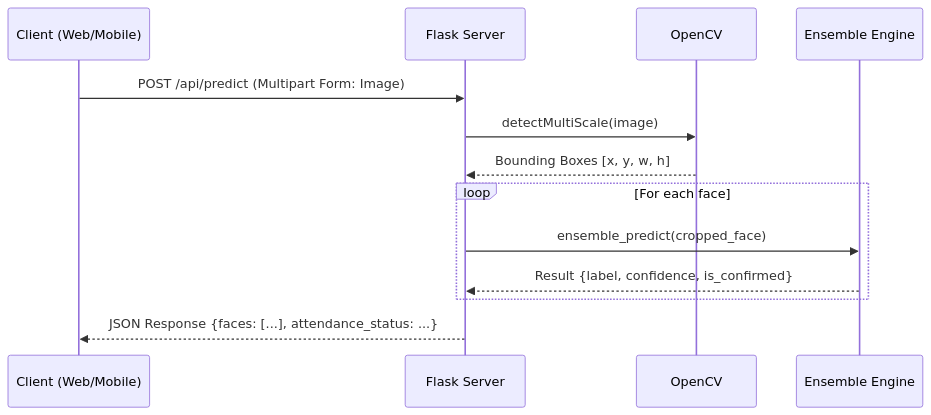
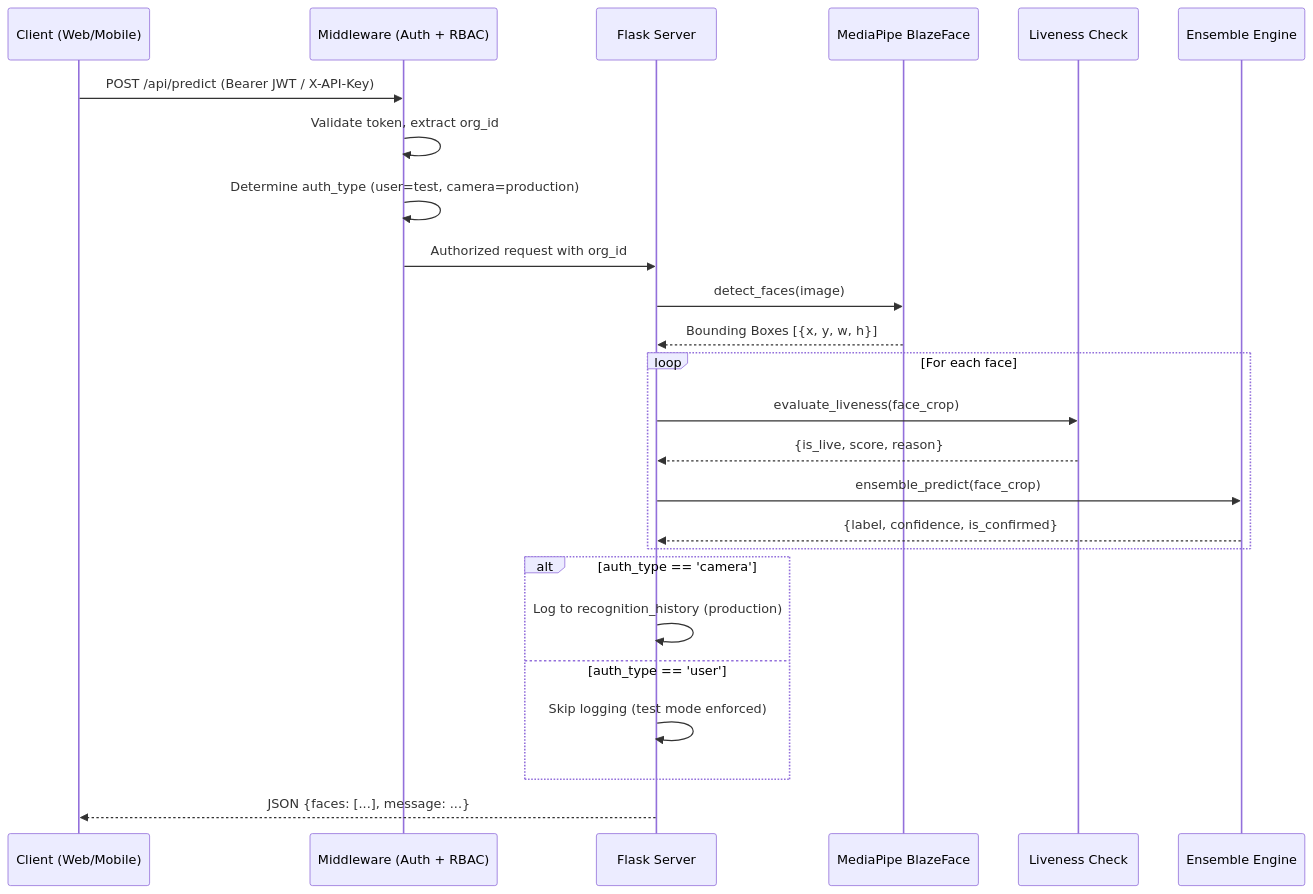
One commit to PrashantTarbundiya/RMS changed the second of 3 diagrams in docs/01_Architecture.md. Above: the diagram before and after it, drawn with Mermaid. The commit also changed other lines of this file and 33 other files, not shown here.

Commit message:
feat: implement robust security architecture, multi-tenant isolation, and automated update management system

````diff
--- a/docs/01_Architecture.md
+++ b/docs/01_Architecture.md
@@ -67,16 +100,28 @@
 ```mermaid
 sequenceDiagram
     participant C as Client (Web/Mobile)
+    participant MW as Middleware (Auth + RBAC)
     participant S as Flask Server
-    participant CV as OpenCV
+    participant MP as MediaPipe BlazeFace
+    participant LV as Liveness Check
     participant ML as Ensemble Engine
     
-    C->>S: POST /api/predict (Multipart Form: Image)
-    S->>CV: detectMultiScale(image)
-    CV-->>S: Bounding Boxes [x, y, w, h]
+    C->>MW: POST /api/predict (Bearer JWT / X-API-Key)
+    MW->>MW: Validate token, extract org_id
+    MW->>MW: Determine auth_type (user=test, camera=production)
+    MW->>S: Authorized request with org_id
+    S->>MP: detect_faces(image)
+    MP-->>S: Bounding Boxes [{x, y, w, h}]
     loop For each face
-        S->>ML: ensemble_predict(cropped_face)
-        ML-->>S: Result {label, confidence, is_confirmed}
+        S->>LV: evaluate_liveness(face_crop)
+        LV-->>S: {is_live, score, reason}
+        S->>ML: ensemble_predict(face_crop)
+        ML-->>S: {label, confidence, is_confirmed}
     end
-    S-->>C: JSON Response {faces: [...], attendance_status: ...}
+    alt auth_type == 'camera'
+        S->>S: Log to recognition_history (production)
+    else auth_type == 'user'
+        S->>S: Skip logging (test mode enforced)
+    end
+    S-->>C: JSON {faces: [...], message: ...}
 ```
````
